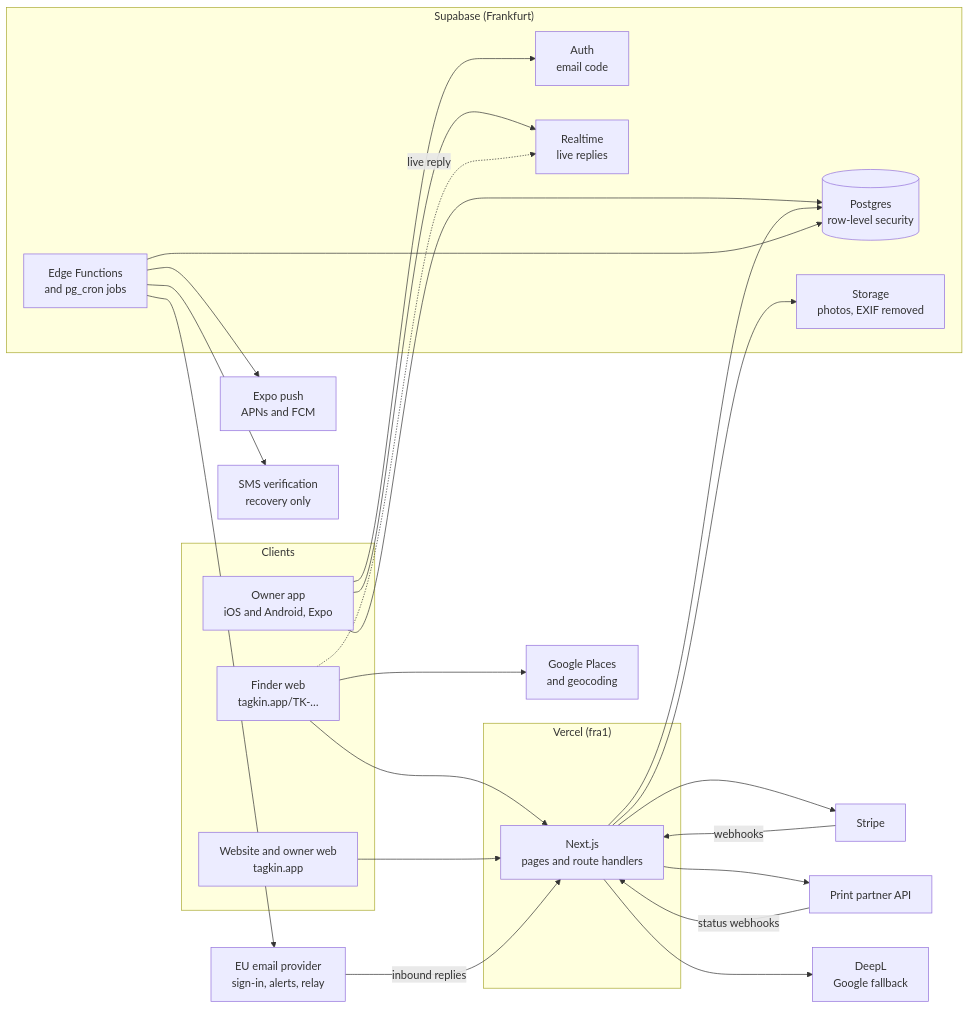
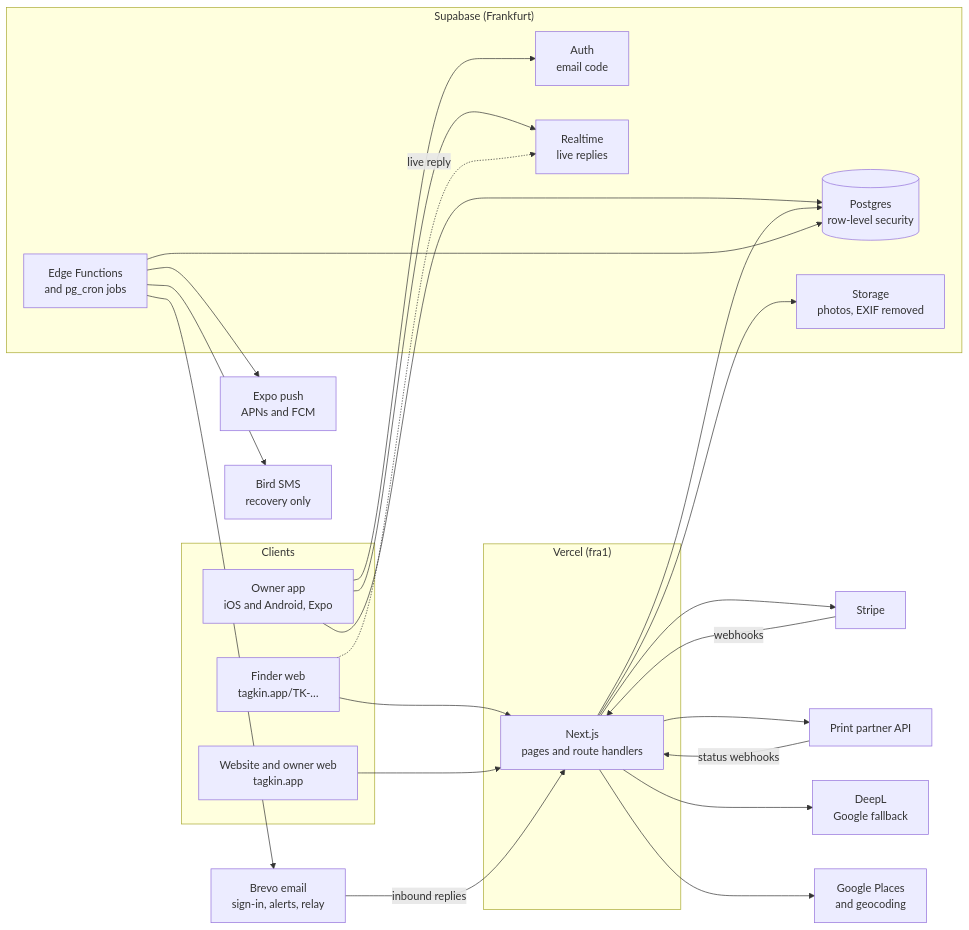
The diagram in docs/TECH-DESIGN.md (Selaseyjr/tagkin), drawn with Mermaid before and after one commit. The commit also changed other lines of this file and 6 other files, not shown here.

Commit message:
Approve Brevo, Bird and Google Places (ADRs 0005, 0006, 0008)

````diff
--- a/docs/TECH-DESIGN.md
+++ b/docs/TECH-DESIGN.md
@@ -9,37 +9,37 @@
 ```mermaid
 flowchart LR
   subgraph Clients
     F[Finder web<br/>tagkin.app/TK-…]
     W[Website and owner web<br/>tagkin.app]
     A[Owner app<br/>iOS and Android, Expo]
   end
   subgraph Vercel["Vercel (fra1)"]
     N[Next.js<br/>pages and route handlers]
   end
   subgraph Supabase["Supabase (Frankfurt)"]
     DB[(Postgres<br/>row-level security)]
     AU[Auth<br/>email code]
     RT[Realtime<br/>live replies]
     ST[Storage<br/>photos, EXIF removed]
     EF[Edge Functions<br/>and pg_cron jobs]
   end
   F --> N
   W --> N
   A --> AU
   A --> DB
   A --> RT
   N --> DB
   N --> ST
   F -. live reply .-> RT
   EF --> DB
   N --> S[Stripe]
   S -- webhooks --> N
   N --> P[Print partner API]
   P -- status webhooks --> N
-  EF --> E[EU email provider<br/>sign-in, alerts, relay]
+  EF --> E[Brevo email<br/>sign-in, alerts, relay]
   E -- inbound replies --> N
   EF --> X[Expo push<br/>APNs and FCM]
   N --> T[DeepL<br/>Google fallback]
-  F --> G[Google Places<br/>and geocoding]
-  EF --> V[SMS verification<br/>recovery only]
+  N --> G[Google Places<br/>and geocoding]
+  EF --> V[Bird SMS<br/>recovery only]
 ```
````
